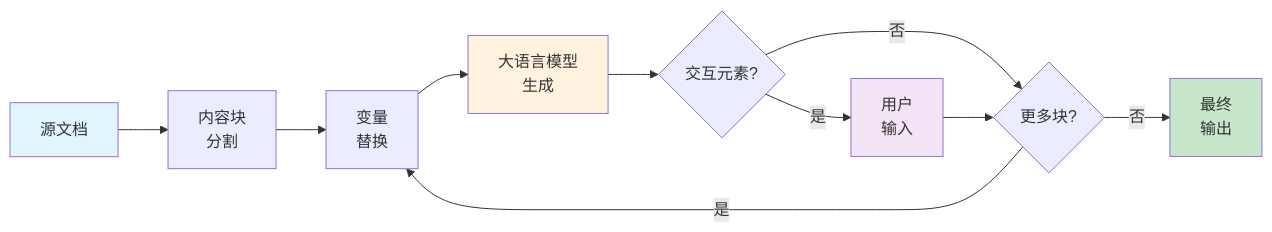
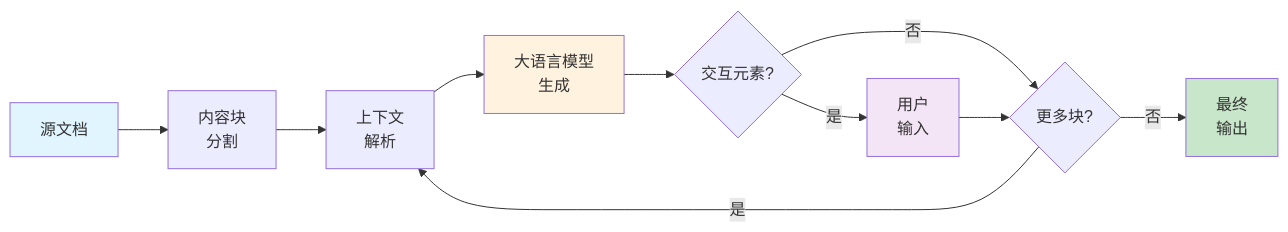
The diagram in docs/docs/zh/specification/how-it-works.md (ai-shifu/markdown-flow), drawn with Mermaid before and after one commit. The commit also changed other lines of this file and 19 other files, not shown here.

````diff
--- a/docs/docs/zh/specification/how-it-works.md
+++ b/docs/docs/zh/specification/how-it-works.md
@@ -82,17 +82,17 @@
 ```mermaid
 flowchart LR
     A[源文档] --> B[内容块<br>分割]
-    B --> C[变量<br>替换]
+    B --> C[上下文<br>解析]
     C --> D[大语言模型<br>生成]
     D --> E{交互元素?}
     E -->|是| F[用户<br>输入]
     E -->|否| G{更多块?}
     F --> G
     G -->|是| C
     G -->|否| H[最终<br>输出]
 
     style A fill:#e1f5fe
     style H fill:#c8e6c9
     style D fill:#fff3e0
     style F fill:#f3e5f5
 ```
````
